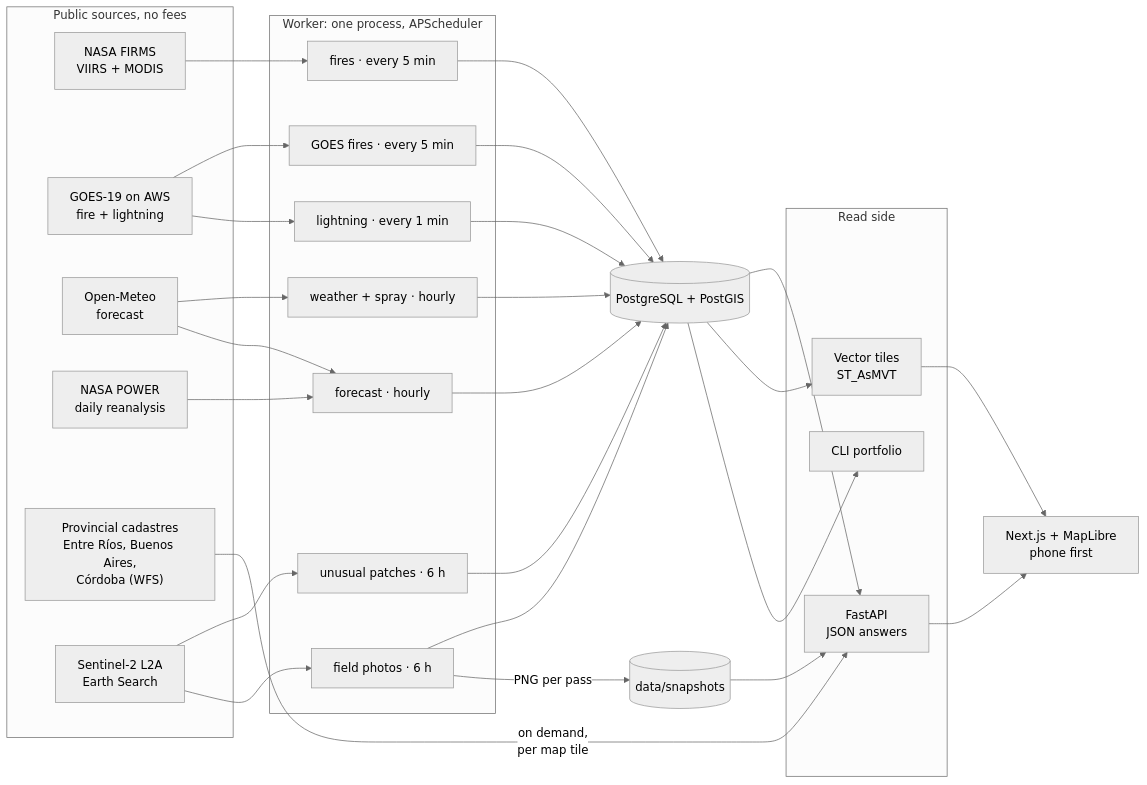
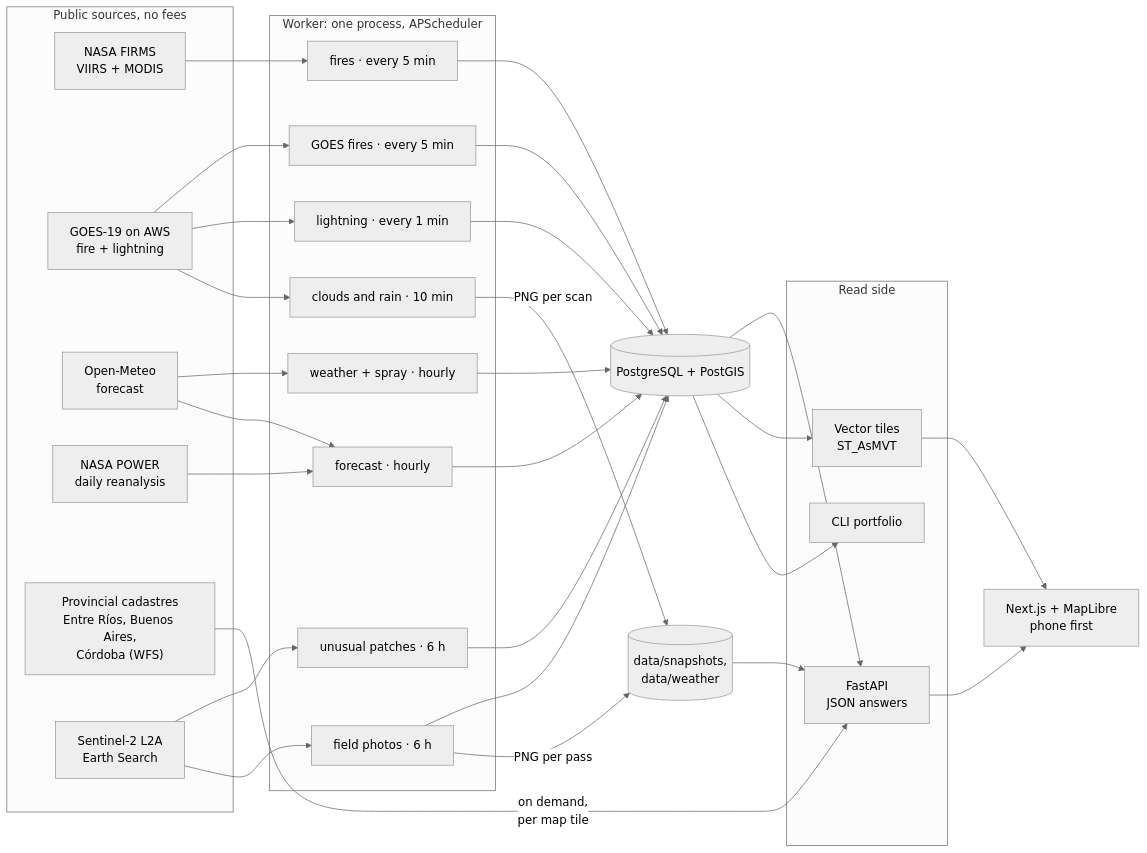
One commit to nickyperrone/Fire-Detection-System changed the first of 18 diagrams in README.md. Above: the diagram before and after it, drawn with Mermaid (neutral theme). The commit also changed other lines of this file, not shown here.

Commit message:
Explain satellite freshness and the clouds and rain layer in the README

````diff
--- a/README.md
+++ b/README.md
@@ -87,38 +88,40 @@
 ```mermaid
 flowchart LR
     subgraph SOURCES["Public sources, no fees"]
         FIRMS["NASA FIRMS<br/>VIIRS + MODIS"]
         GOES["GOES-19 on AWS<br/>fire + lightning"]
         METEO["Open-Meteo<br/>forecast"]
         POWER["NASA POWER<br/>daily reanalysis"]
         ATER["Provincial cadastres<br/>Entre Ríos, Buenos Aires,<br/>Córdoba (WFS)"]
         S2["Sentinel-2 L2A<br/>Earth Search"]
     end
     subgraph WORKER["Worker: one process, APScheduler"]
         J1["fires · every 5 min"]
         J2["GOES fires · every 5 min"]
         J3["lightning · every 1 min"]
         J4["weather + spray · hourly"]
         J5["forecast · hourly"]
         J6["unusual patches · 6 h"]
         J7["field photos · 6 h"]
+        J8["clouds and rain · 10 min"]
     end
     DB[("PostgreSQL + PostGIS")]
     subgraph READ["Read side"]
         API["FastAPI<br/>JSON answers"]
         TILES["Vector tiles<br/>ST_AsMVT"]
         CLI["CLI portfolio"]
     end
     WEB["Next.js + MapLibre<br/>phone first"]
     FIRMS --> J1
-    GOES --> J2 & J3
+    GOES --> J2 & J3 & J8
     METEO --> J4 & J5
     POWER --> J5
     S2 --> J6 & J7
     J1 & J2 & J3 & J4 & J5 & J6 & J7 --> DB
-    J7 -- "PNG per pass" --> FILES[("data/snapshots")]
+    J7 -- "PNG per pass" --> FILES[("data/snapshots,<br/>data/weather")]
+    J8 -- "PNG per scan" --> FILES
     FILES --> API
     ATER -- "on demand,<br/>per map tile" --> API
     DB --> API & TILES & CLI
     API & TILES --> WEB
 ```
````
